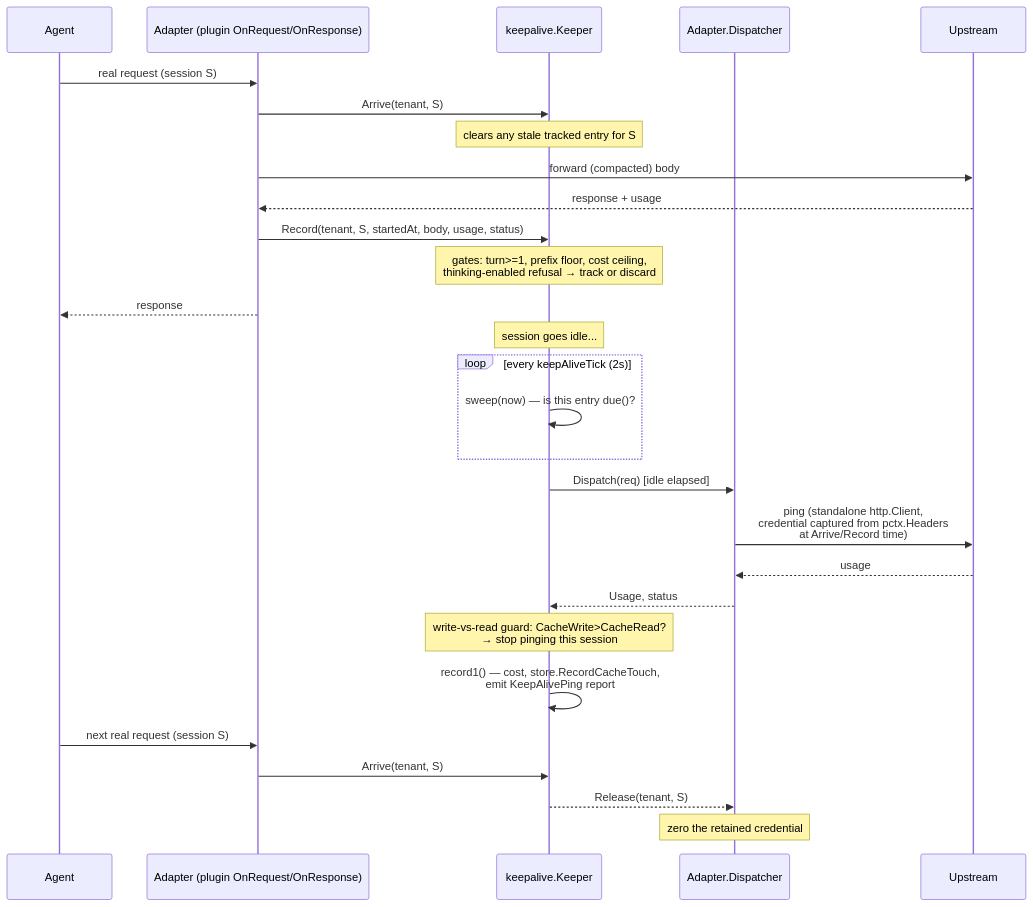
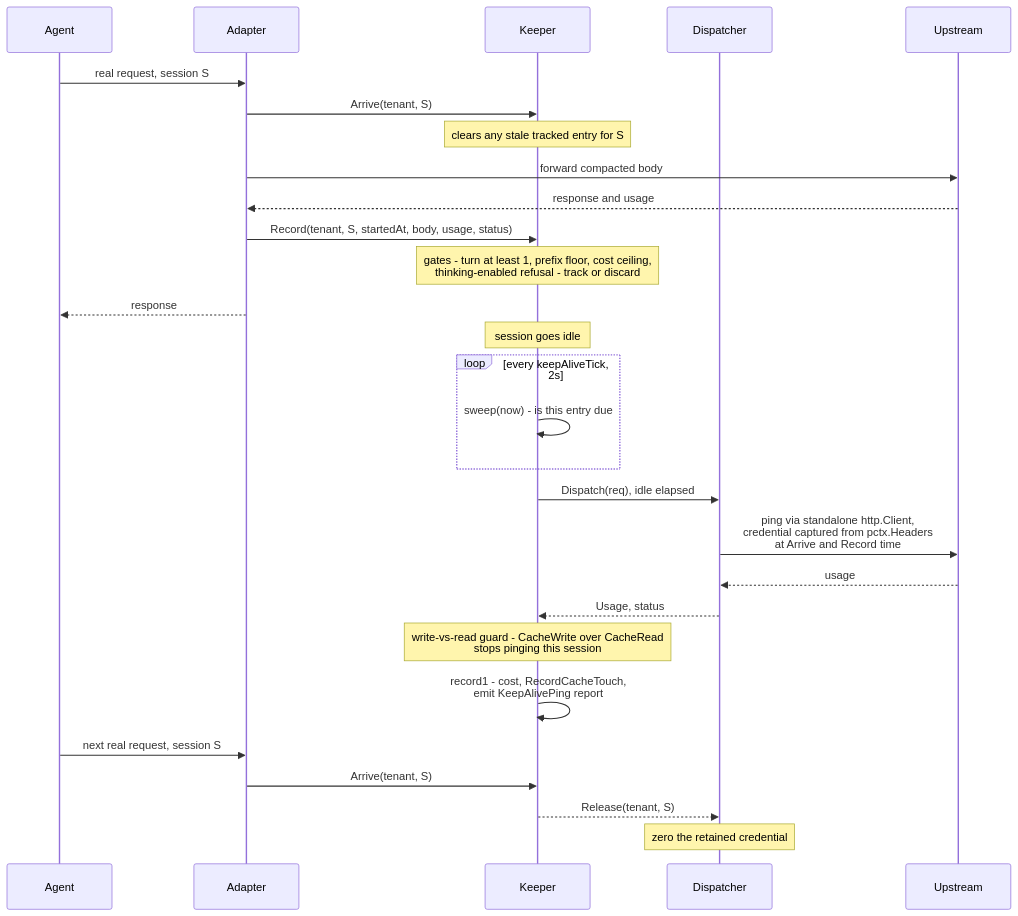
One commit to rossoctl/context-guru changed the third of 5 diagrams in docs/proposals/cortex-integration.md. Above: the diagram before and after it, drawn with Mermaid. The commit also changed other lines of this file, not shown here.

Commit message:
docs: fix mermaid render failure in the sequence/state diagrams
GitHub's mermaid renderer failed on §5.1 ("Cannot read properties of
undefined (reading 'render')"). sequenceDiagram and stateDiagram-v2
labels aren't quoted strings like flowchart node labels, so the
parenthesized/dotted participant alias ("Adapter.Dispatcher") and
unicode arrows/comparators in edge text are far riskier there. Replaces
both with plain-ASCII labels and simple participant names; the three
flowchart diagrams (quoted node labels) were already safe and are
unchanged.

````diff
--- a/docs/proposals/cortex-integration.md
+++ b/docs/proposals/cortex-integration.md
@@ -194,33 +197,33 @@
 ```mermaid
 sequenceDiagram
     participant Agent
-    participant Host as Adapter (plugin OnRequest/OnResponse)
-    participant Keeper as keepalive.Keeper
-    participant Dispatcher as Adapter.Dispatcher
+    participant Adapter
+    participant Keeper
+    participant Dispatcher
     participant Upstream
 
-    Agent->>Host: real request (session S)
-    Host->>Keeper: Arrive(tenant, S)
+    Agent->>Adapter: real request, session S
+    Adapter->>Keeper: Arrive(tenant, S)
     Note over Keeper: clears any stale tracked entry for S
-    Host->>Upstream: forward (compacted) body
-    Upstream-->>Host: response + usage
-    Host->>Keeper: Record(tenant, S, startedAt, body, usage, status)
-    Note over Keeper: gates: turn>=1, prefix floor, cost ceiling,<br/>thinking-enabled refusal → track or discard
-    Host-->>Agent: response
+    Adapter->>Upstream: forward compacted body
+    Upstream-->>Adapter: response and usage
+    Adapter->>Keeper: Record(tenant, S, startedAt, body, usage, status)
+    Note over Keeper: gates - turn at least 1, prefix floor, cost ceiling,<br/>thinking-enabled refusal - track or discard
+    Adapter-->>Agent: response
 
-    Note over Keeper: session goes idle...
-    loop every keepAliveTick (2s)
-        Keeper->>Keeper: sweep(now) — is this entry due()?
+    Note over Keeper: session goes idle
+    loop every keepAliveTick, 2s
+        Keeper->>Keeper: sweep(now) - is this entry due
     end
-    Keeper->>Dispatcher: Dispatch(req) [idle elapsed]
-    Dispatcher->>Upstream: ping (standalone http.Client,<br/>credential captured from pctx.Headers<br/>at Arrive/Record time)
+    Keeper->>Dispatcher: Dispatch(req), idle elapsed
+    Dispatcher->>Upstream: ping via standalone http.Client,<br/>credential captured from pctx.Headers<br/>at Arrive and Record time
     Upstream-->>Dispatcher: usage
     Dispatcher-->>Keeper: Usage, status
-    Note over Keeper: write-vs-read guard: CacheWrite>CacheRead?<br/>→ stop pinging this session
-    Keeper->>Keeper: record1() — cost, store.RecordCacheTouch,<br/>emit KeepAlivePing report
+    Note over Keeper: write-vs-read guard - CacheWrite over CacheRead<br/>stops pinging this session
+    Keeper->>Keeper: record1 - cost, RecordCacheTouch,<br/>emit KeepAlivePing report
 
-    Agent->>Host: next real request (session S)
-    Host->>Keeper: Arrive(tenant, S)
+    Agent->>Adapter: next real request, session S
+    Adapter->>Keeper: Arrive(tenant, S)
     Keeper-->>Dispatcher: Release(tenant, S)
     Note over Dispatcher: zero the retained credential
 ```
````
